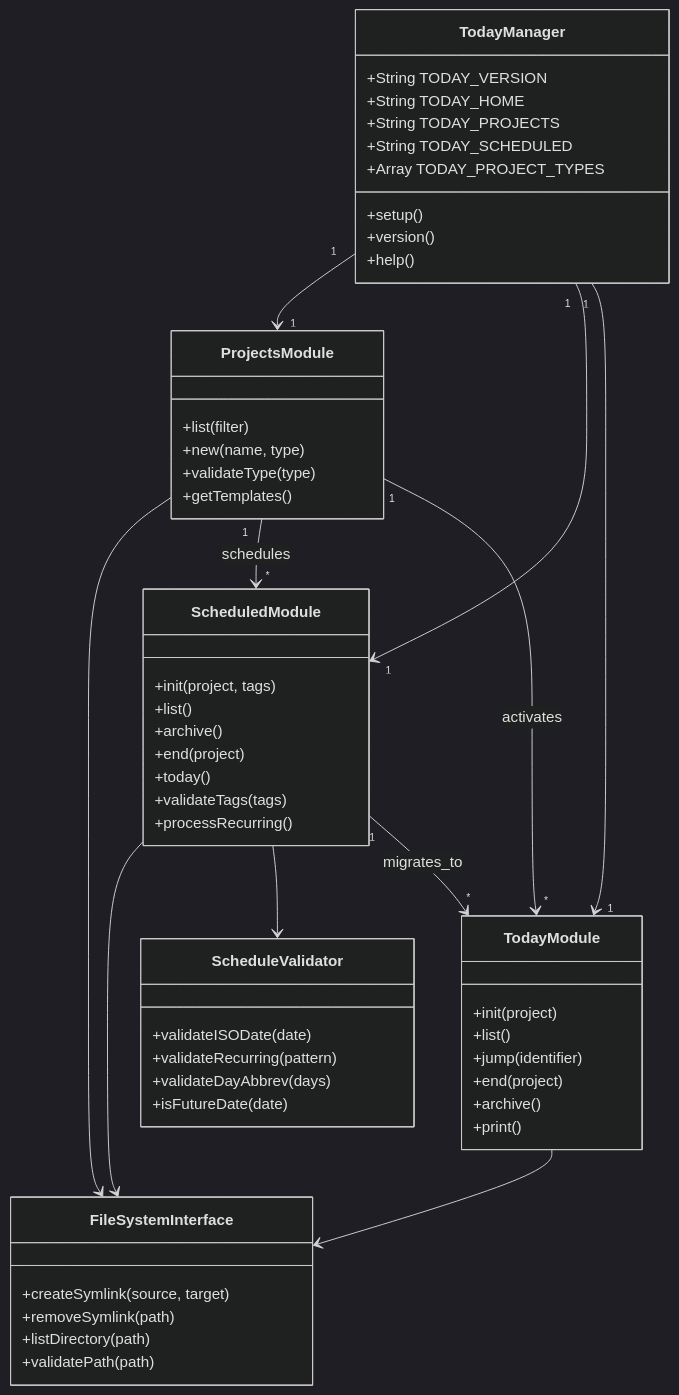
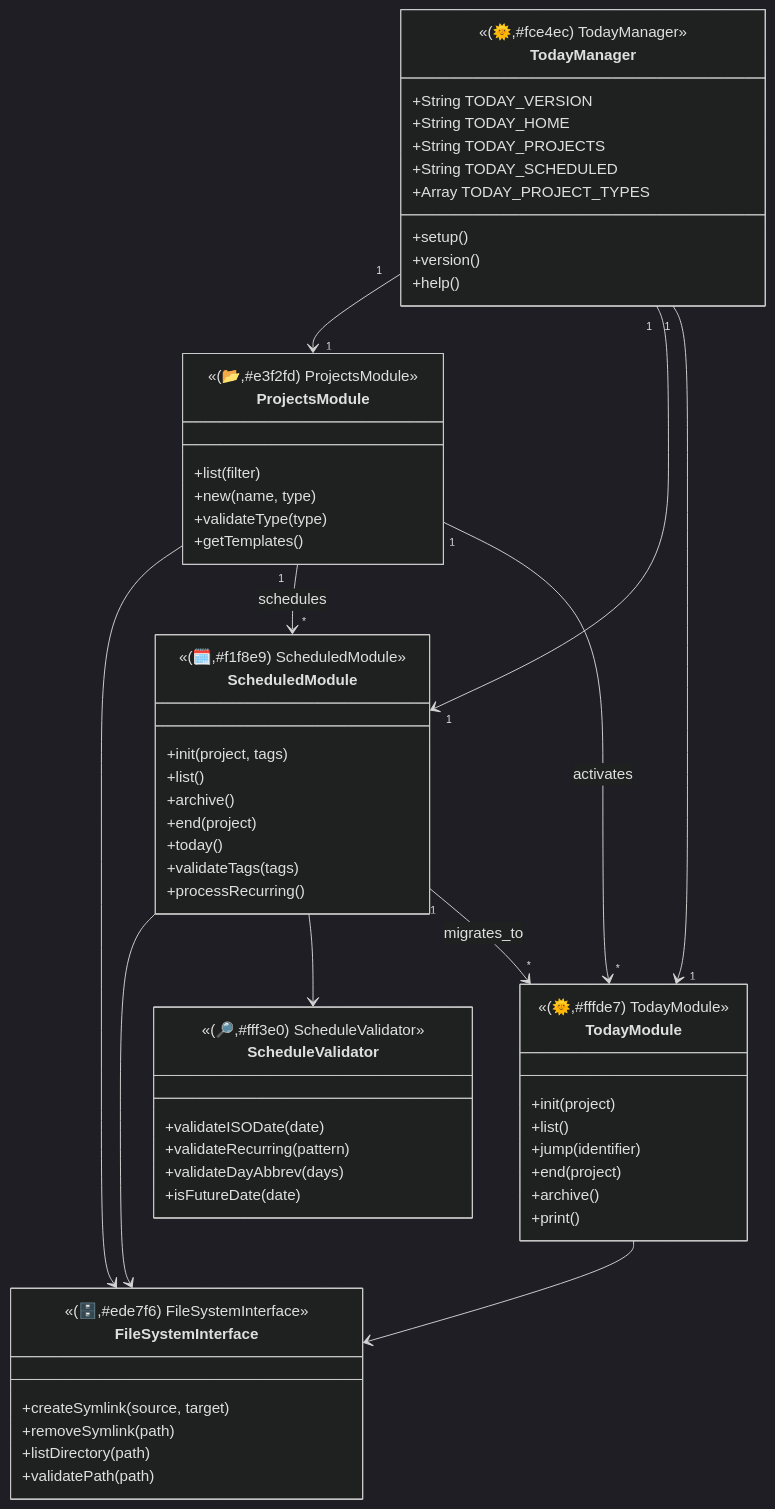
Before and after one commit to enogrob/project-today-manager: the second of 4 diagrams in README.md, drawn with Mermaid (dark theme). The commit also changed other lines of this file, not shown here.

````diff
--- a/README.md
+++ b/README.md
@@ -100,64 +106,64 @@
 ```mermaid
 classDiagram
-    class TodayManager {
-        +String TODAY_VERSION
-        +String TODAY_HOME
-        +String TODAY_PROJECTS
-        +String TODAY_SCHEDULED
-        +Array TODAY_PROJECT_TYPES
-        +setup()
-        +version()
-        +help()
-    }
-    
-    class ProjectsModule {
-        +list(filter)
-        +new(name, type)
-        +validateType(type)
-        +getTemplates()
-    }
-    
-    class ScheduledModule {
-        +init(project, tags)
-        +list()
-        +archive()
-        +end(project)
-        +today()
-        +validateTags(tags)
-        +processRecurring()
-    }
-    
-    class TodayModule {
-        +init(project)
-        +list()
-        +jump(identifier)
-        +end(project)
-        +archive()
-        +print()
-    }
-    
-    class FileSystemInterface {
-        +createSymlink(source, target)
-        +removeSymlink(path)
-        +listDirectory(path)
-        +validatePath(path)
-    }
-    
-    class ScheduleValidator {
-        +validateISODate(date)
-        +validateRecurring(pattern)
-        +validateDayAbbrev(days)
-        +isFutureDate(date)
-    }
-    
-    TodayManager "1" --> "1" ProjectsModule
-    TodayManager "1" --> "1" ScheduledModule
-    TodayManager "1" --> "1" TodayModule
-    ProjectsModule --> FileSystemInterface
-    ScheduledModule --> FileSystemInterface
-    TodayModule --> FileSystemInterface
-    ScheduledModule --> ScheduleValidator
-    ScheduledModule "1" --> "*" TodayModule : migrates_to
-    ProjectsModule "1" --> "*" ScheduledModule : schedules
-    ProjectsModule "1" --> "*" TodayModule : activates
+  class TodayManager {
+    <<(🌞,#fce4ec) TodayManager>>
+    +String TODAY_VERSION
+    +String TODAY_HOME
+    +String TODAY_PROJECTS
+    +String TODAY_SCHEDULED
+    +Array TODAY_PROJECT_TYPES
+    +setup()
+    +version()
+    +help()
+  }
+  class ProjectsModule {
+    <<(📂,#e3f2fd) ProjectsModule>>
+    +list(filter)
+    +new(name, type)
+    +validateType(type)
+    +getTemplates()
+  }
+  class ScheduledModule {
+    <<(🗓️,#f1f8e9) ScheduledModule>>
+    +init(project, tags)
+    +list()
+    +archive()
+    +end(project)
+    +today()
+    +validateTags(tags)
+    +processRecurring()
+  }
+  class TodayModule {
+    <<(🌞,#fffde7) TodayModule>>
+    +init(project)
+    +list()
+    +jump(identifier)
+    +end(project)
+    +archive()
+    +print()
+  }
+  class FileSystemInterface {
+    <<(🗄️,#ede7f6) FileSystemInterface>>
+    +createSymlink(source, target)
+    +removeSymlink(path)
+    +listDirectory(path)
+    +validatePath(path)
+  }
+  class ScheduleValidator {
+    <<(🔎,#fff3e0) ScheduleValidator>>
+    +validateISODate(date)
+    +validateRecurring(pattern)
+    +validateDayAbbrev(days)
+    +isFutureDate(date)
+  }
+  TodayManager "1" --> "1" ProjectsModule
+  TodayManager "1" --> "1" ScheduledModule
+  TodayManager "1" --> "1" TodayModule
+  ProjectsModule --> FileSystemInterface
+  ScheduledModule --> FileSystemInterface
+  TodayModule --> FileSystemInterface
+  ScheduledModule --> ScheduleValidator
+  ScheduledModule "1" --> "*" TodayModule : migrates_to
+  ProjectsModule "1" --> "*" ScheduledModule : schedules
+  ProjectsModule "1" --> "*" TodayModule : activates
 ```
````
